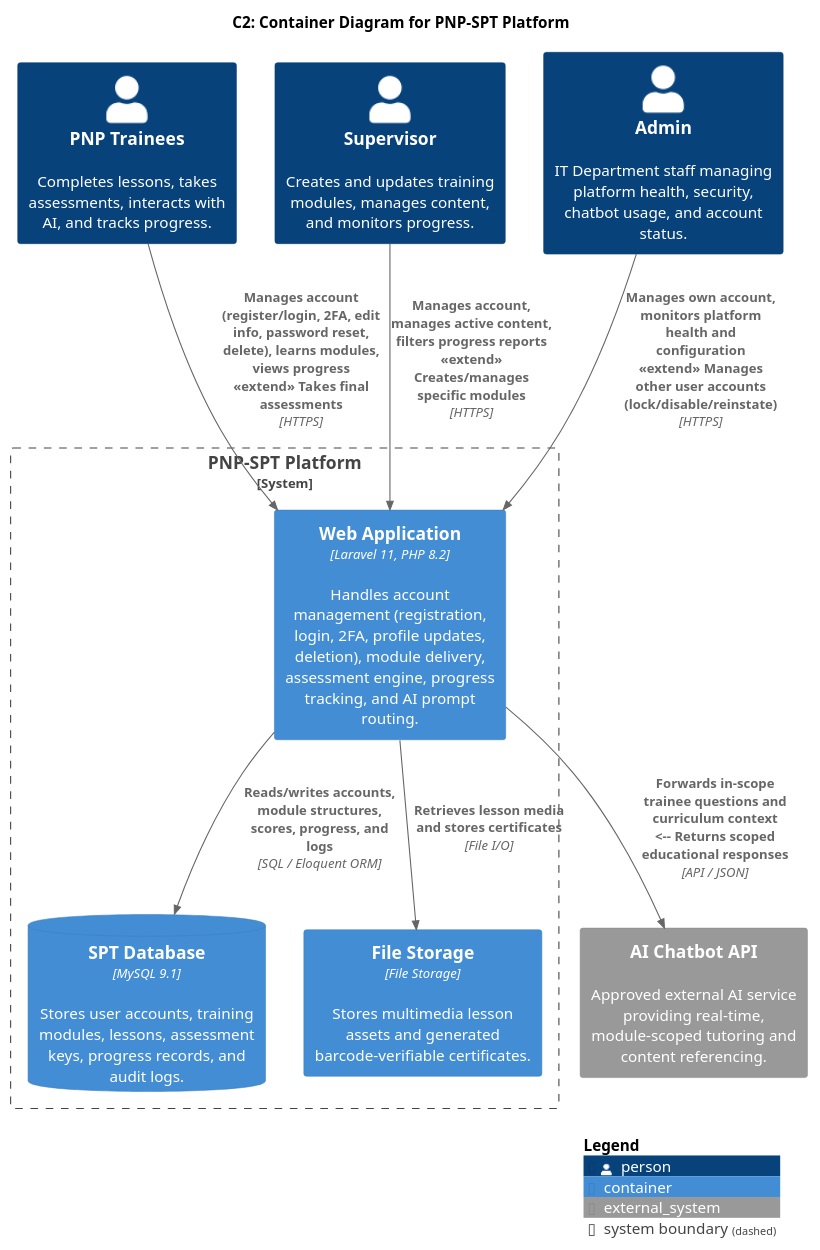
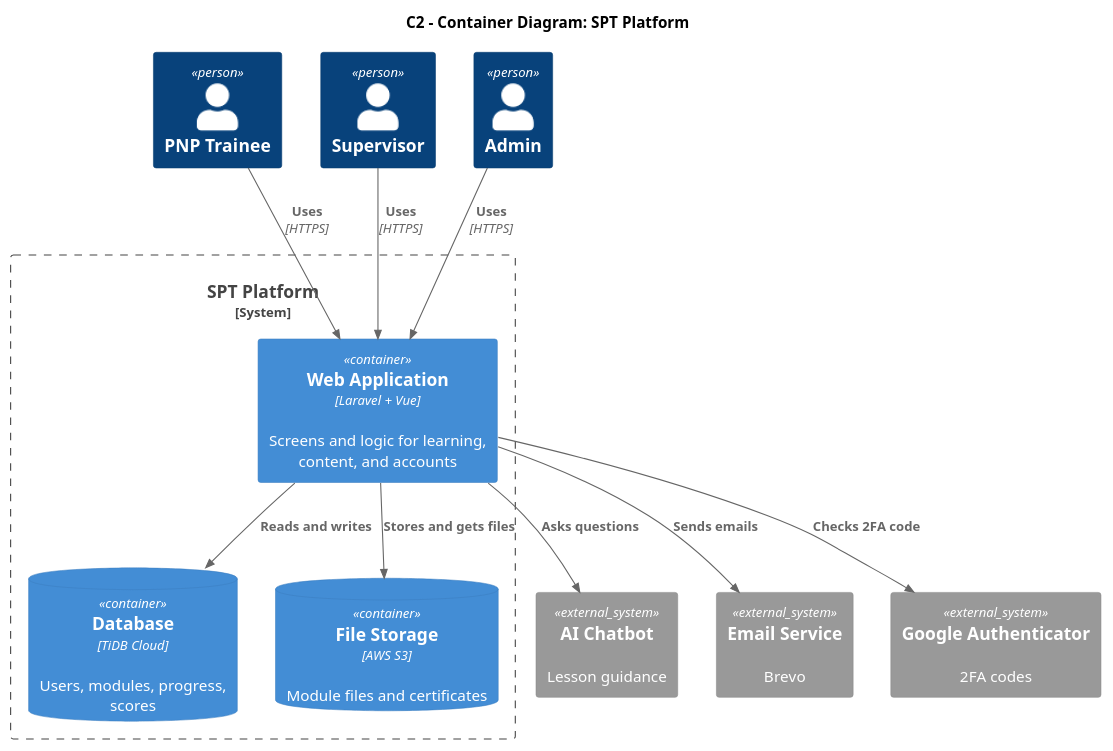
The diagram in docs/MSYADD1/c2_container.puml (APC-SoCIT/APC-2026-2027-T1-IT241-Grp4-PNP-SPT-Platform), drawn with PlantUML before and after one commit. The commit also changed 7 other files, not shown here.

Commit message:
updated c1 - c4  diagram

```diff
--- a/docs/MSYADD1/c2_container.puml
+++ b/docs/MSYADD1/c2_container.puml
@@ -1,34 +1,30 @@
-@startuml System_Container_Diagram_for_PNP-SPT_Platform
-!include https://raw.githubusercontent.com/plantuml-stdlib/C4-PlantUML/master/C4_Container.puml
+@startuml C2_Container
+!include <C4/C4_Container>
 
-LAYOUT_TOP_DOWN()
-LAYOUT_WITH_LEGEND()
+title C2 - Container Diagram: SPT Platform
 
-title C2: Container Diagram for PNP-SPT Platform
+Person(trainee, "PNP Trainee")
+Person(supervisor, "Supervisor")
+Person(admin, "Admin")
 
-Person(trainees, "PNP Trainees", "Completes lessons, takes assessments, interacts with AI, and tracks progress.")
-Person(supervisor, "Supervisor", "Creates and updates training modules, manages content, and monitors progress.")
-Person(admin, "Admin", "IT Department staff managing platform health, security, chatbot usage, and account status.")
-
-System_Boundary(sptPlatform, "PNP-SPT Platform") {
-    Container(webApp, "Web Application", "Laravel 11, PHP 8.2", "Handles account management (registration, login, 2FA, profile updates, deletion), module delivery, assessment engine, progress tracking, and AI prompt routing.")
-    ContainerDb(db, "SPT Database", "MySQL 9.1", "Stores user accounts, training modules, lessons, assessment keys, progress records, and audit logs.")
-    Container(fileStorage, "File Storage", "File Storage", "Stores multimedia lesson assets and generated barcode-verifiable certificates.")
+System_Boundary(spt, "SPT Platform") {
+    Container(web, "Web Application", "Laravel + Vue", "Screens and logic for learning, content, and accounts")
+    ContainerDb(db, "Database", "TiDB Cloud", "Users, modules, progress, scores")
+    ContainerDb(files, "File Storage", "AWS S3", "Module files and certificates")
 }
 
-System_Ext(aiChatbot, "AI Chatbot API", "Approved external AI service providing real-time, module-scoped tutoring and content referencing.")
+System_Ext(chatbot, "AI Chatbot", "Lesson guidance")
+System_Ext(email, "Email Service", "Brevo")
+System_Ext(auth, "Google Authenticator", "2FA codes")
 
-' Users to Web Application (Combined Core and Extended Use Cases)
-Rel(trainees, webApp, "Manages account (register/login, 2FA, edit info, password reset, delete), learns modules, views progress\n<<extend>> Takes final assessments", "HTTPS")
-Rel(supervisor, webApp, "Manages account, manages active content, filters progress reports\n<<extend>> Creates/manages specific modules", "HTTPS")
-Rel(admin, webApp, "Manages own account, monitors platform health and configuration\n<<extend>> Manages other user accounts (lock/disable/reinstate)", "HTTPS")
+Rel(trainee, web, "Uses", "HTTPS")
+Rel(supervisor, web, "Uses", "HTTPS")
+Rel(admin, web, "Uses", "HTTPS")
 
-' Web Application to External AI (Combined Send/Receive)
-Rel(webApp, aiChatbot, "Forwards in-scope trainee questions and curriculum context\n<-- Returns scoped educational responses", "API / JSON")
+Rel(web, db, "Reads and writes")
+Rel(web, files, "Stores and gets files")
+Rel(web, chatbot, "Asks questions")
+Rel(web, email, "Sends emails")
+Rel(web, auth, "Checks 2FA code")
 
-' Internal Storage
-Rel(webApp, db, "Reads/writes accounts, module structures, scores, progress, and logs", "SQL / Eloquent ORM")
-Rel(webApp, fileStorage, "Retrieves lesson media and stores certificates", "File I/O")
-
-SHOW_LEGEND()
 @enduml
```
